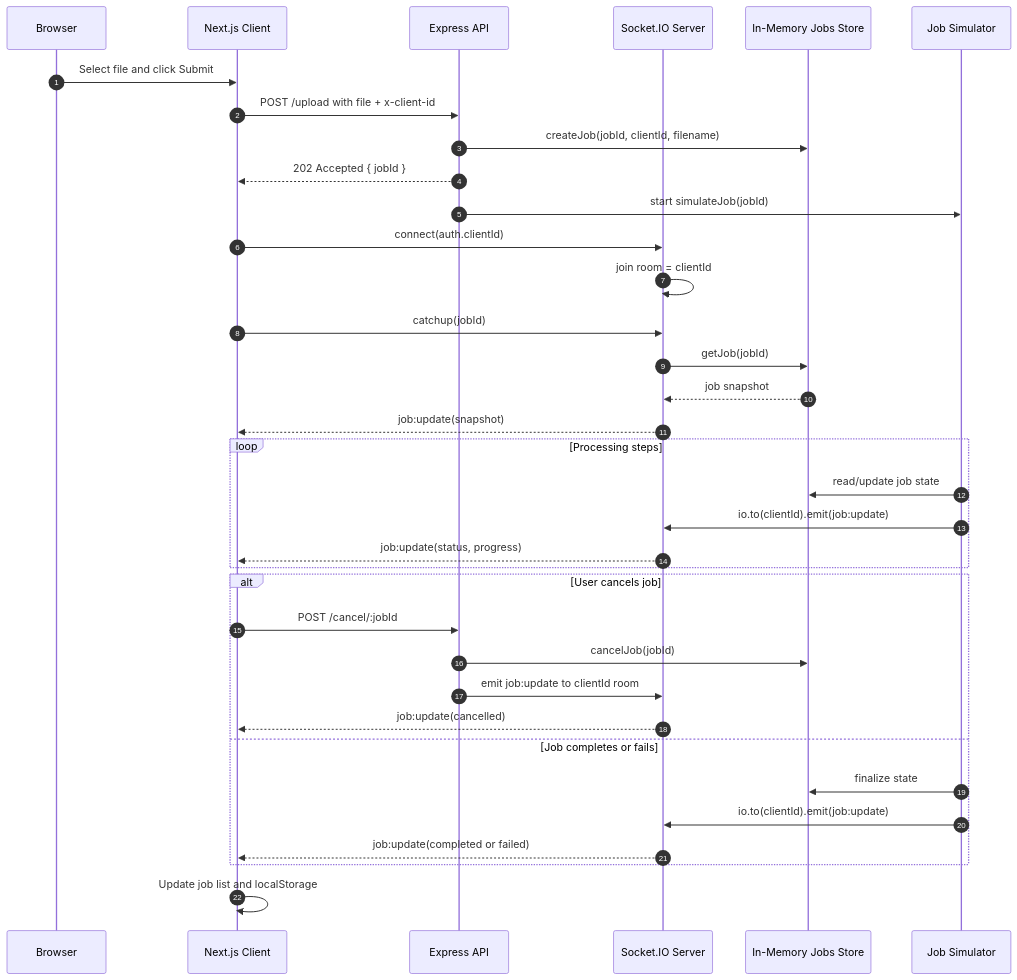
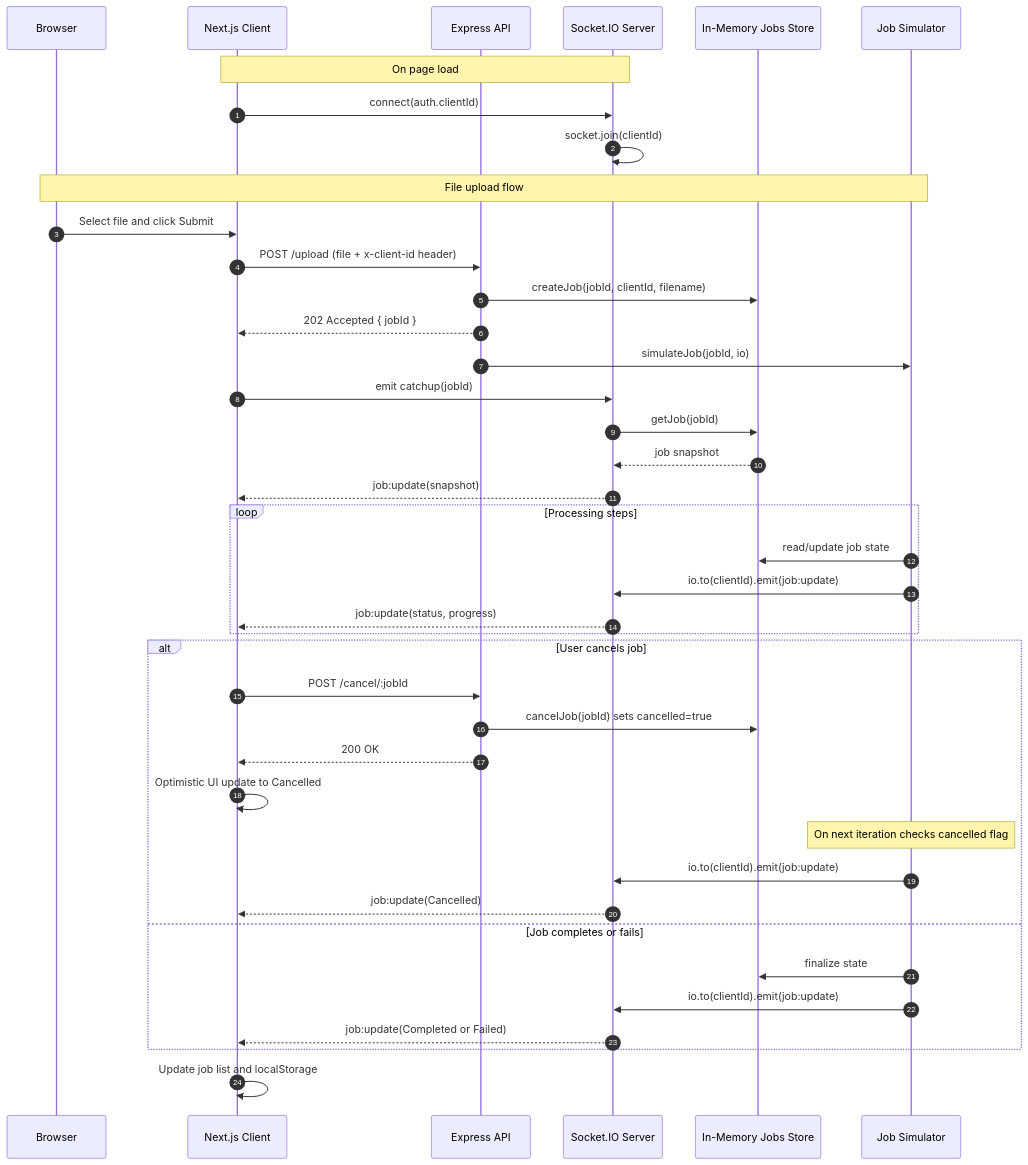
Before and after one commit to naman254/ai-bot-test: the diagram in README.md, drawn with Mermaid.

````diff
--- a/README.md
+++ b/README.md
@@ -1,42 +1,47 @@
 ```mermaid
 sequenceDiagram
   autonumber
   participant B as Browser
   participant C as Next.js Client
   participant H as Express API
   participant S as Socket.IO Server
   participant M as In-Memory Jobs Store
   participant J as Job Simulator
 
+  Note over C,S: On page load
+  C->>S: connect(auth.clientId)
+  S->>S: socket.join(clientId)
+
+  Note over B,J: File upload flow
   B->>C: Select file and click Submit
-  C->>H: POST /upload with file + x-client-id
+  C->>H: POST /upload (file + x-client-id header)
   H->>M: createJob(jobId, clientId, filename)
   H-->>C: 202 Accepted { jobId }
-  H->>J: start simulateJob(jobId)
-
-  C->>S: connect(auth.clientId)
-  S->>S: join room = clientId
-  C->>S: catchup(jobId)
+  H->>J: simulateJob(jobId, io)
+  C->>S: emit catchup(jobId)
   S->>M: getJob(jobId)
   M-->>S: job snapshot
   S-->>C: job:update(snapshot)
 
   loop Processing steps
     J->>M: read/update job state
     J->>S: io.to(clientId).emit(job:update)
     S-->>C: job:update(status, progress)
   end
 
   alt User cancels job
     C->>H: POST /cancel/:jobId
-    H->>M: cancelJob(jobId)
-    H->>S: emit job:update to clientId room
-    S-->>C: job:update(cancelled)
+    H->>M: cancelJob(jobId) sets cancelled=true
+    H-->>C: 200 OK
+    C->>C: Optimistic UI update to Cancelled
+    Note over J: On next iteration checks cancelled flag
+    J->>S: io.to(clientId).emit(job:update)
+    S-->>C: job:update(Cancelled)
   else Job completes or fails
     J->>M: finalize state
     J->>S: io.to(clientId).emit(job:update)
-    S-->>C: job:update(completed or failed)
+    S-->>C: job:update(Completed or Failed)
   end
 
   C->>C: Update job list and localStorage
 ```
````
